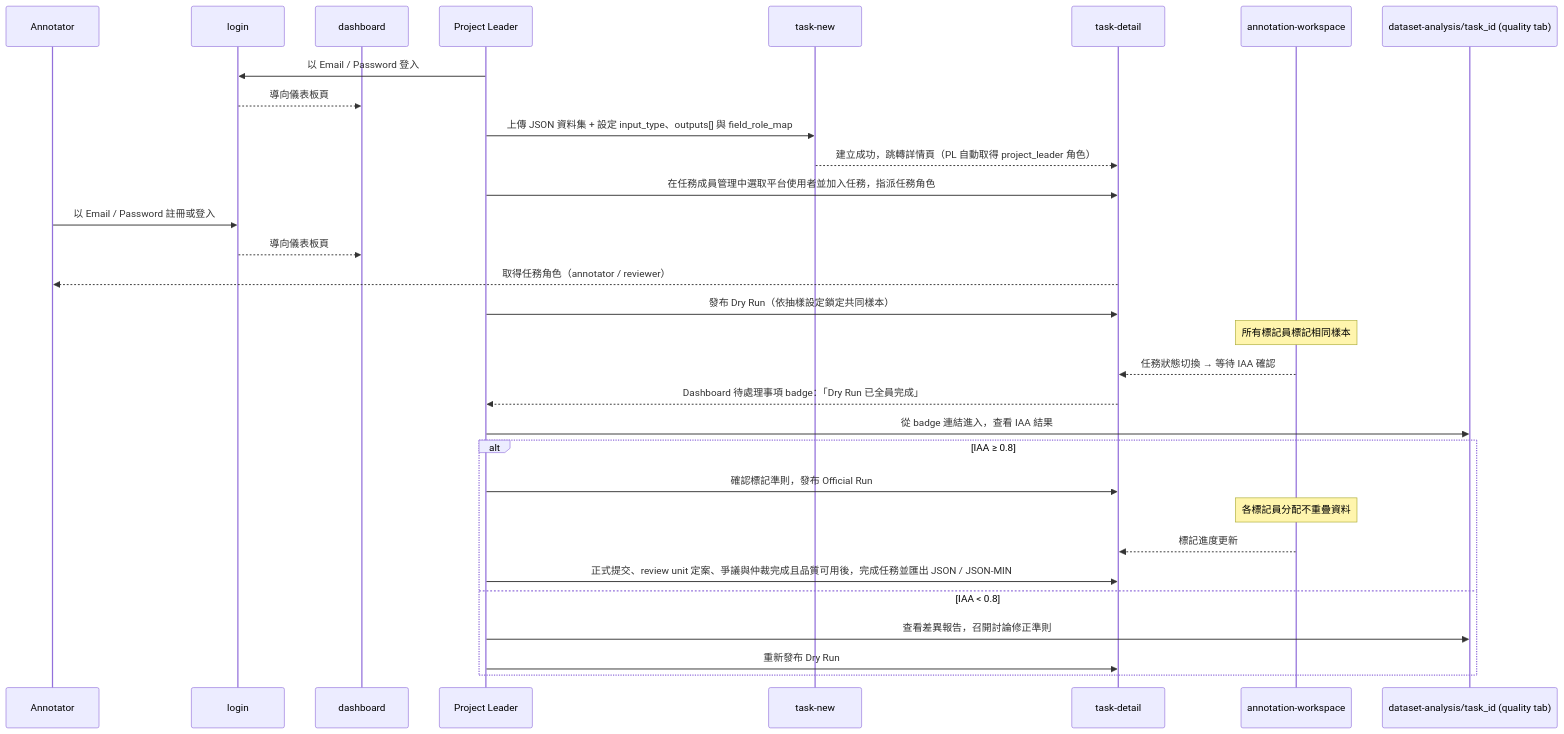
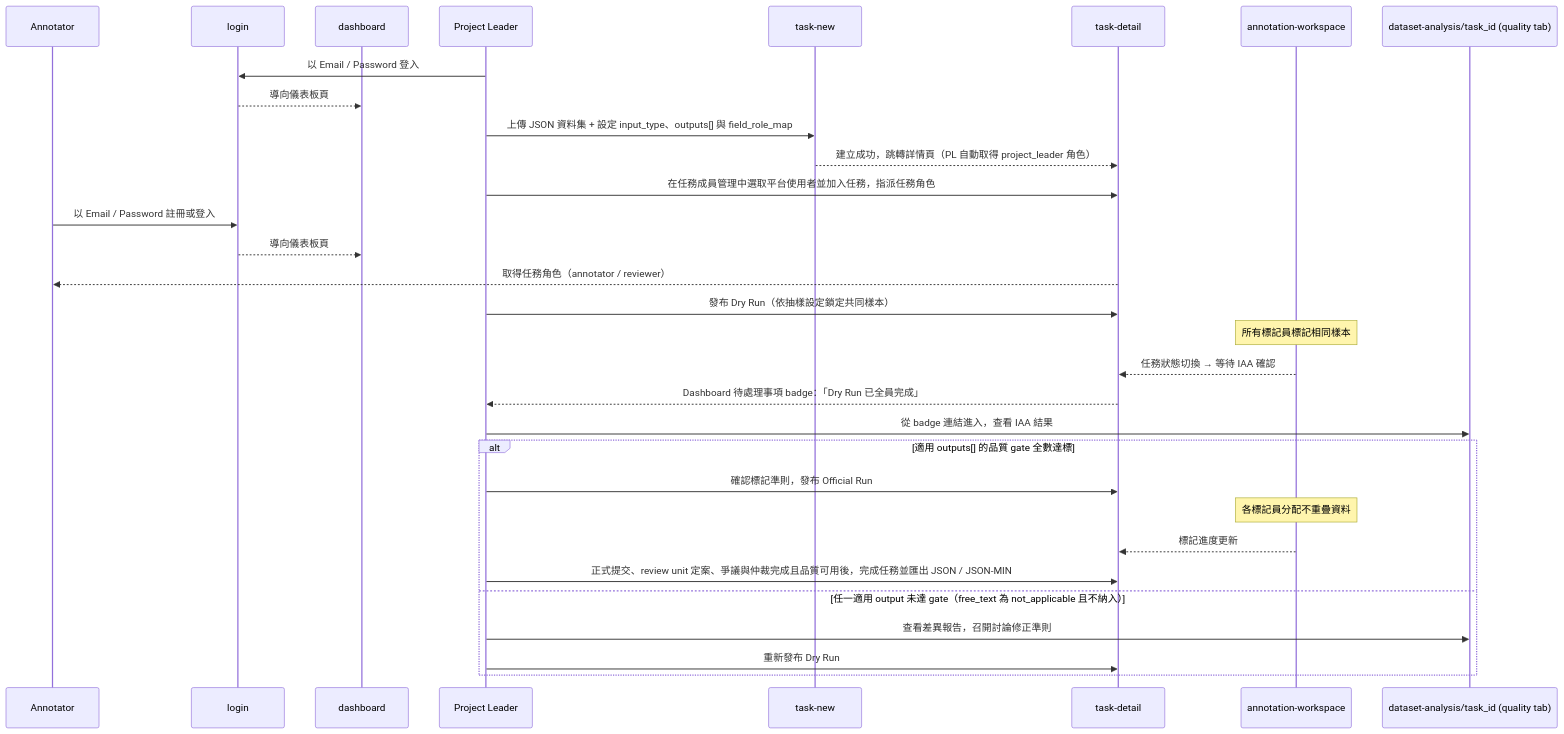
The second of 5 diagrams in docs/product/ia/information-architecture.md (singyichen/label-suite), drawn with Mermaid before and after one commit. The commit also changed other lines of this file and 2 other files, not shown here.

````diff
--- a/docs/product/ia/information-architecture.md
+++ b/docs/product/ia/information-architecture.md
@@ -510,34 +506,34 @@
 ```mermaid
 sequenceDiagram
   participant AN as Annotator
   participant LOGIN as login
   participant DASHBOARD as dashboard
   participant PL as Project Leader
   participant TN as task-new
   participant TD as task-detail
   participant AW as annotation-workspace
   participant DQ as dataset-analysis/task_id (quality tab)
 
   PL->>LOGIN: 以 Email / Password 登入
   LOGIN-->>DASHBOARD: 導向儀表板頁
   PL->>TN: 上傳 JSON 資料集 + 設定 input_type、outputs[] 與 field_role_map
   TN-->>TD: 建立成功，跳轉詳情頁（PL 自動取得 project_leader 角色）
   PL->>TD: 在任務成員管理中選取平台使用者並加入任務，指派任務角色
   AN->>LOGIN: 以 Email / Password 註冊或登入
   LOGIN-->>DASHBOARD: 導向儀表板頁
   TD-->>AN: 取得任務角色（annotator / reviewer）
   PL->>TD: 發布 Dry Run（依抽樣設定鎖定共同樣本）
   Note over AW: 所有標記員標記相同樣本
   AW-->>TD: 任務狀態切換 → 等待 IAA 確認
   TD-->>PL: Dashboard 待處理事項 badge：「Dry Run 已全員完成」
   PL->>DQ: 從 badge 連結進入，查看 IAA 結果
-  alt IAA ≥ 0.8
+  alt 適用 outputs[] 的品質 gate 全數達標
     PL->>TD: 確認標記準則，發布 Official Run
     Note over AW: 各標記員分配不重疊資料
     AW-->>TD: 標記進度更新
     PL->>TD: 正式提交、review unit 定案、爭議與仲裁完成且品質可用後，完成任務並匯出 JSON / JSON-MIN
-  else IAA < 0.8
+  else 任一適用 output 未達 gate（free_text 為 not_applicable 且不納入）
     PL->>DQ: 查看差異報告，召開討論修正準則
     PL->>TD: 重新發布 Dry Run
   end
 ```
````
